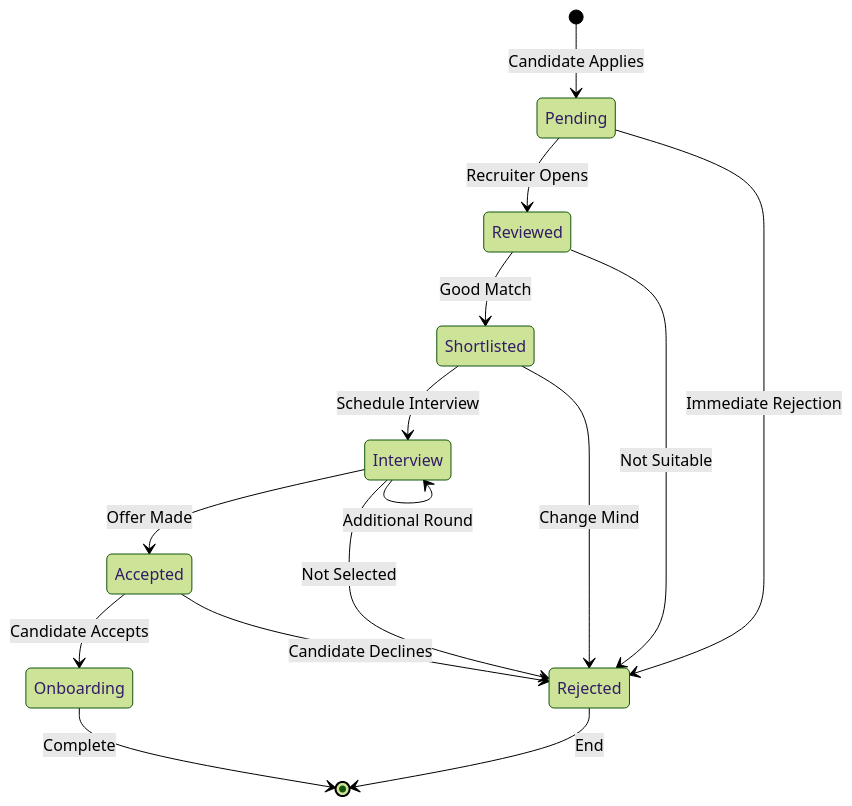
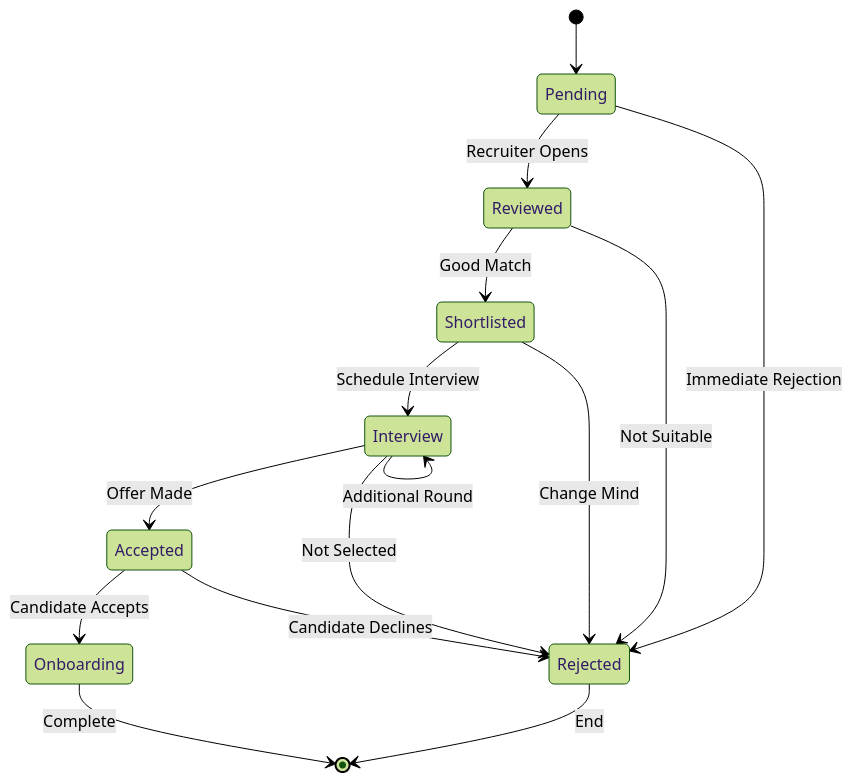
Diagram 12 of 17 in SYSTEM_DOCUMENTATION.md (adil77672/recruitment-platform-docs), drawn with Mermaid (forest theme) before and after one commit. The commit also changed other lines of this file, not shown here.

````diff
--- a/SYSTEM_DOCUMENTATION.md
+++ b/SYSTEM_DOCUMENTATION.md
@@ -1129,22 +1146,22 @@
 ```mermaid
 stateDiagram-v2
-    [*] --> Pending: Candidate Applies
+    [*] --> Pending
     Pending --> Reviewed: Recruiter Opens
     Pending --> Rejected: Immediate Rejection
     
     Reviewed --> Shortlisted: Good Match
     Reviewed --> Rejected: Not Suitable
     
     Shortlisted --> Interview: Schedule Interview
     Shortlisted --> Rejected: Change Mind
     
     Interview --> Accepted: Offer Made
     Interview --> Rejected: Not Selected
     Interview --> Interview: Additional Round
     
     Accepted --> Onboarding: Candidate Accepts
     Accepted --> Rejected: Candidate Declines
     
     Onboarding --> [*]: Complete
     Rejected --> [*]: End
 ```
````
